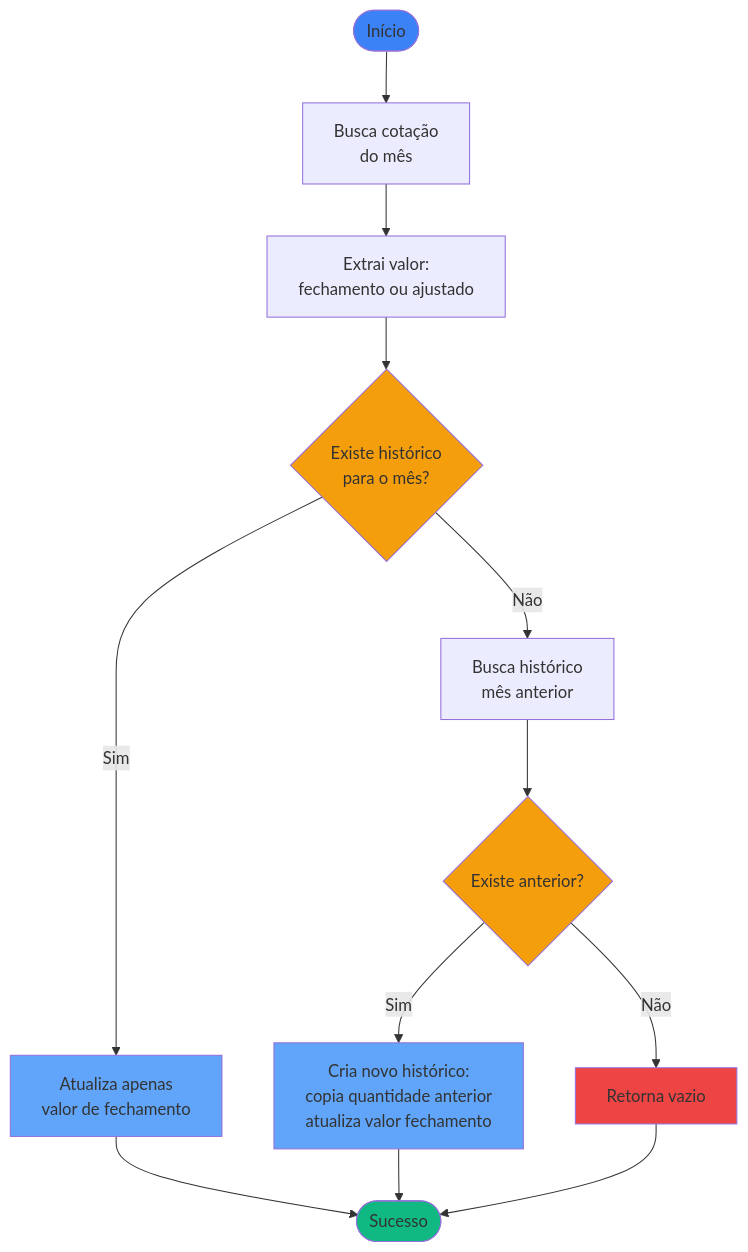
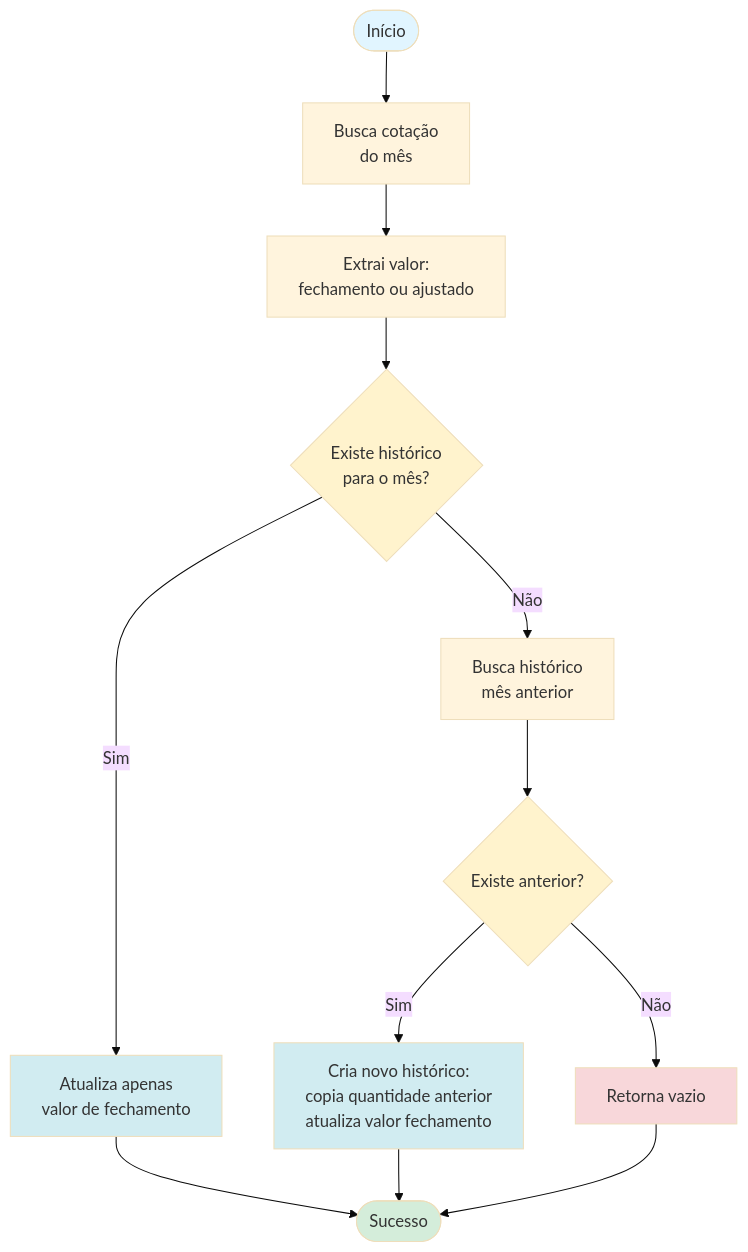
The third of 3 diagrams in docs/RN - Criar novo registro de histórico.md (enirsilvaferraz/Investments-KMP), drawn with Mermaid before and after one commit. The commit also changed other lines of this file, not shown here.

First line of the commit message:
docs: Update mermaid diagram styles in documentation

````diff
--- a/docs/RN - Criar novo registro de histórico.md
+++ b/docs/RN - Criar novo registro de histórico.md
@@ -92,25 +94,26 @@
 ```mermaid
+%%{init: {'theme':'base', 'themeVariables': {'primaryBgColor':'#ffffff'}}}%%
 flowchart TD
     Start([Início]) --> Quote[Busca cotação<br/>do mês]
     Quote --> Extract[Extrai valor:<br/>fechamento ou ajustado]
     Extract --> Check{Existe histórico<br/>para o mês?}
     
     Check -->|Sim| Update[Atualiza apenas<br/>valor de fechamento]
     Check -->|Não| Previous[Busca histórico<br/>mês anterior]
     
     Previous --> HasPrev{Existe anterior?}
     HasPrev -->|Sim| Create[Cria novo histórico:<br/>copia quantidade anterior<br/>atualiza valor fechamento]
     HasPrev -->|Não| Fail[Retorna vazio]
     
     Update --> Success([Sucesso])
     Create --> Success
     Fail --> Success
     
-    style Start fill:#3b82f6
-    style Success fill:#10b981
-    style Check fill:#f59e0b
-    style HasPrev fill:#f59e0b
-    style Update fill:#60a5fa
-    style Create fill:#60a5fa
-    style Fail fill:#ef4444
+    style Start fill:#e1f5ff
+    style Success fill:#d4edda
+    style Check fill:#fff3cd
+    style HasPrev fill:#fff3cd
+    style Update fill:#d1ecf1
+    style Create fill:#d1ecf1
+    style Fail fill:#f8d7da
 ```
````
